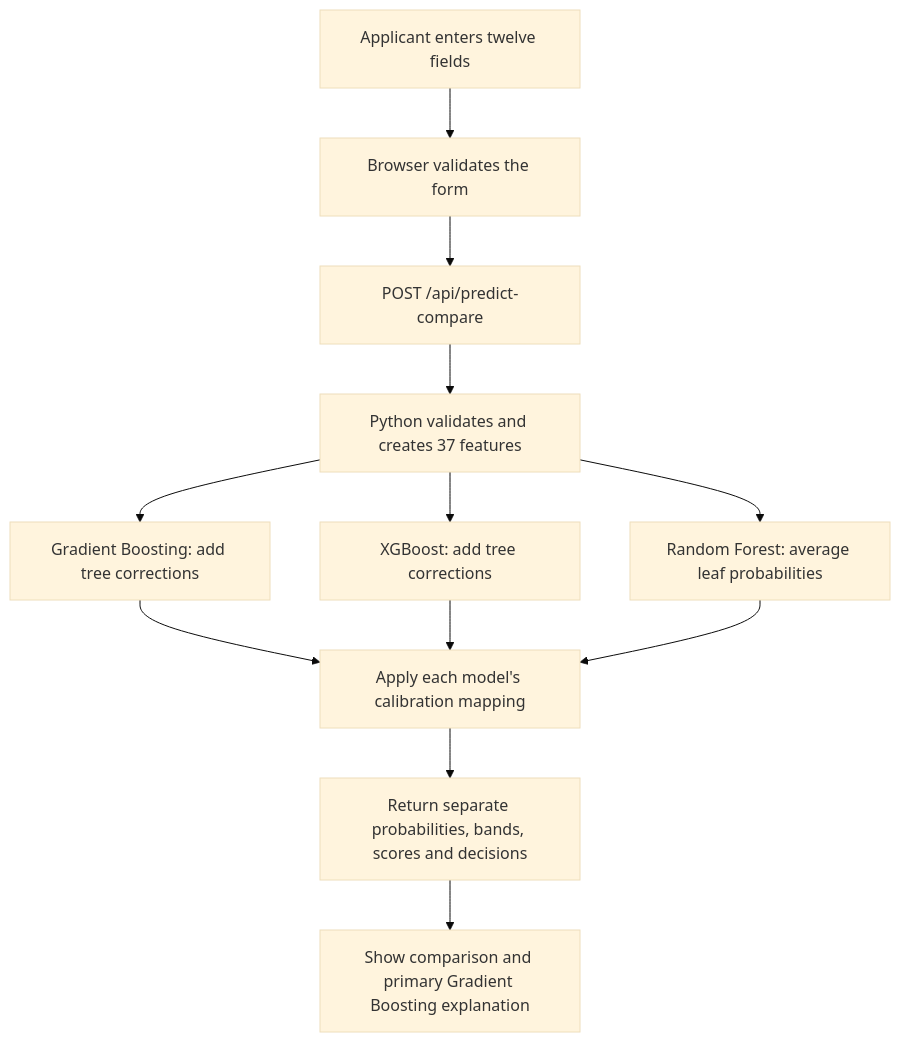
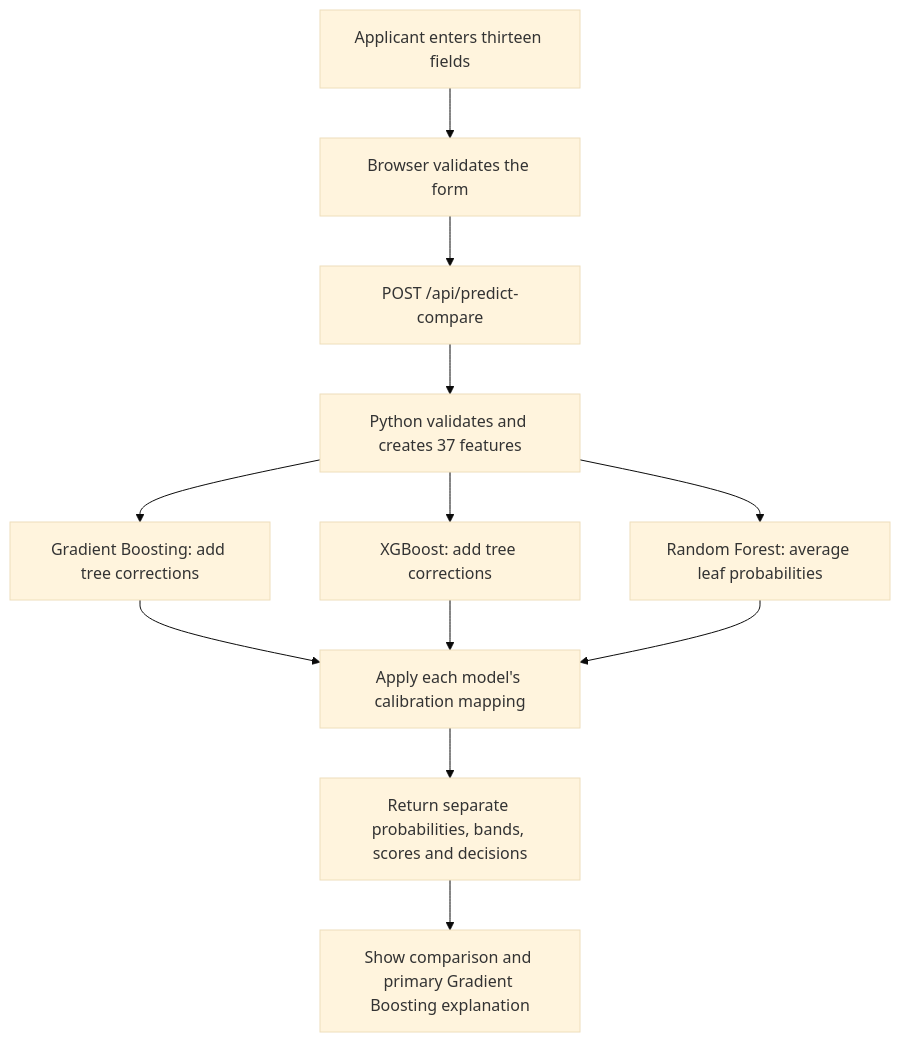
Before and after one commit to gursimrannkaurr/credoscore: the diagram in README.md, drawn with Mermaid (base theme). The commit also changed other lines of this file and 28 other files, not shown here.

````diff
--- a/README.md
+++ b/README.md
@@ -31,14 +31,14 @@
 ```mermaid
 flowchart TD
-    A[Applicant enters twelve fields] --> B[Browser validates the form]
+    A[Applicant enters thirteen fields] --> B[Browser validates the form]
     B --> C[POST /api/predict-compare]
     C --> D[Python validates and creates 37 features]
     D --> E[Gradient Boosting: add tree corrections]
     D --> F[XGBoost: add tree corrections]
     D --> G[Random Forest: average leaf probabilities]
     E --> H[Apply each model's calibration mapping]
     F --> H
     G --> H
     H --> I[Return separate probabilities, bands, scores and decisions]
     I --> J[Show comparison and primary Gradient Boosting explanation]
 ```
````
